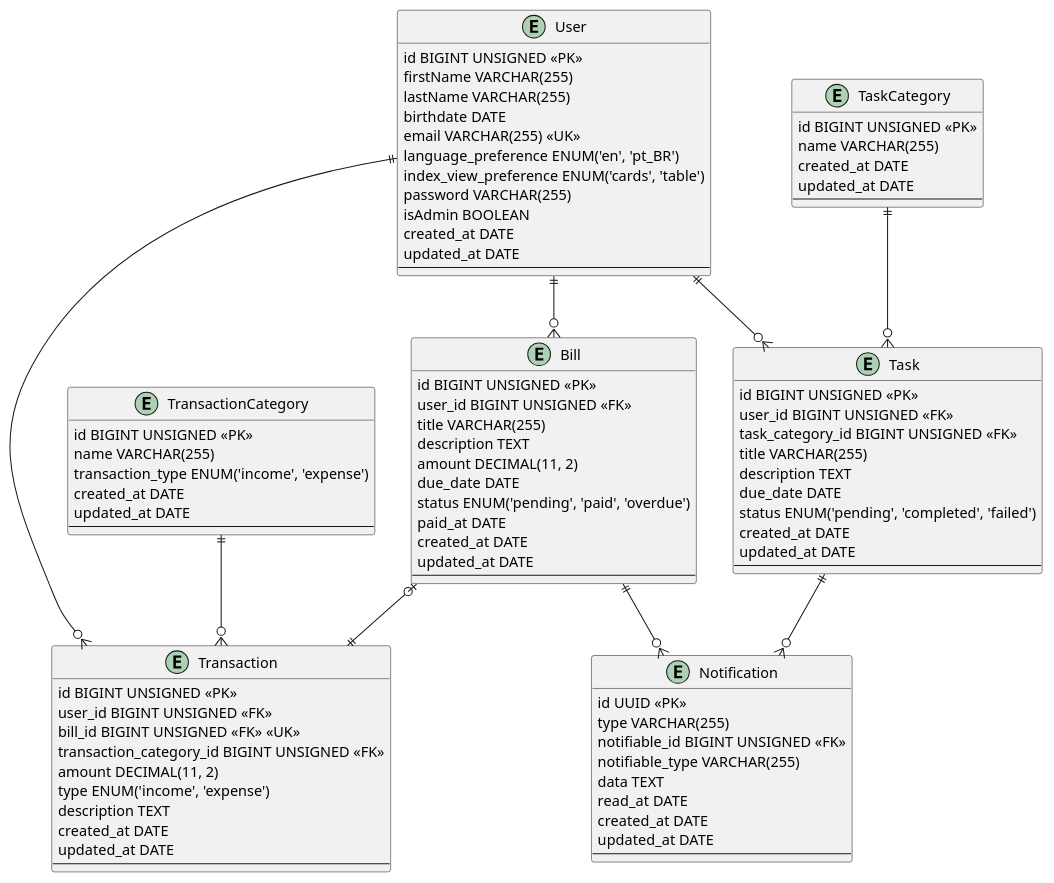
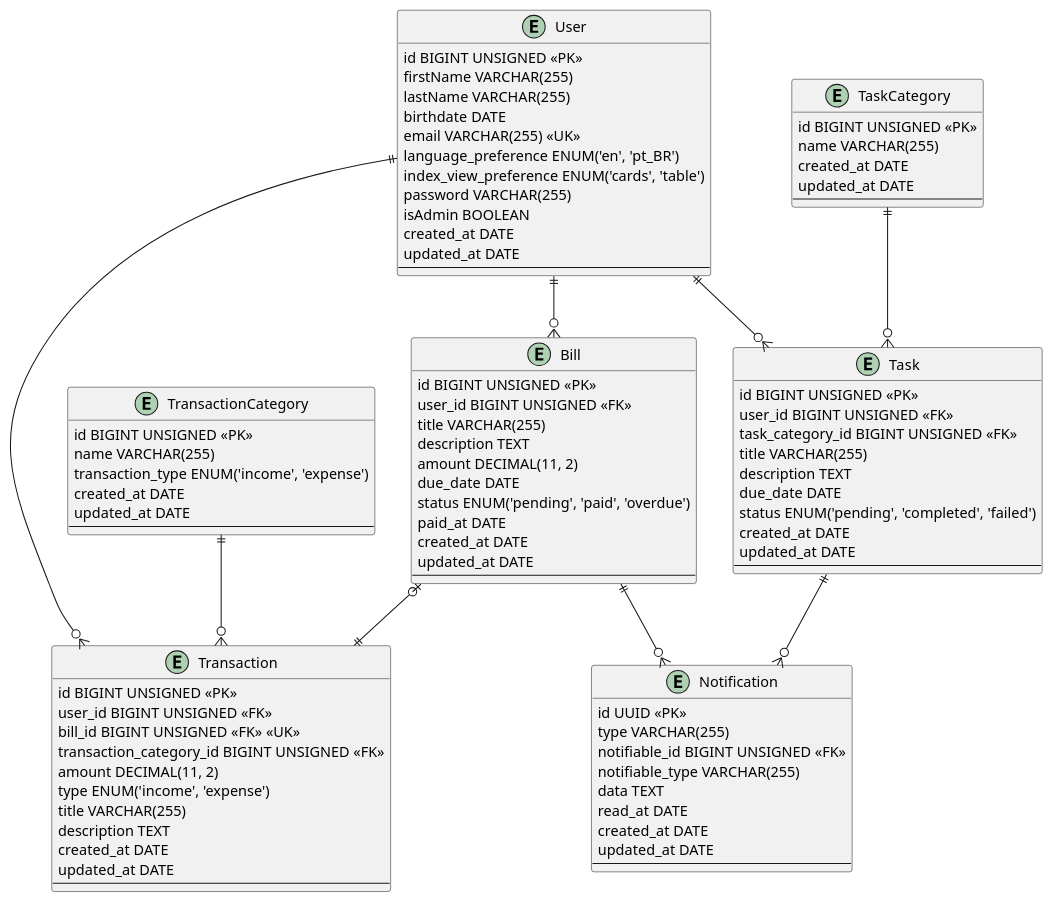
The diagram in database/design/erd.plantuml (augusto-dmh/your-guardian), drawn with PlantUML before and after one commit. The commit also changed 10 other files, not shown here.

```diff
--- a/database/design/erd.plantuml
+++ b/database/design/erd.plantuml
@@ -1,97 +1,98 @@
 @startuml erd
 
 entity User {
     id BIGINT UNSIGNED <<PK>>
     firstName VARCHAR(255)
     lastName VARCHAR(255)
     birthdate DATE
     email VARCHAR(255) <<UK>>
     language_preference ENUM('en', 'pt_BR')
     index_view_preference ENUM('cards', 'table')
     password VARCHAR(255)
     isAdmin BOOLEAN
     created_at DATE
     updated_at DATE
     --
 }
 
 entity Transaction {
     id BIGINT UNSIGNED <<PK>>
     user_id BIGINT UNSIGNED <<FK>>
     bill_id BIGINT UNSIGNED <<FK>> <<UK>>
     transaction_category_id BIGINT UNSIGNED <<FK>>
     amount DECIMAL(11, 2)
     type ENUM('income', 'expense')
+    title VARCHAR(255)
     description TEXT
     created_at DATE
     updated_at DATE
     --
 }
 
 entity Bill {
     id BIGINT UNSIGNED <<PK>>
     user_id BIGINT UNSIGNED <<FK>>
     title VARCHAR(255)
     description TEXT
     amount DECIMAL(11, 2)
     due_date DATE
     status ENUM('pending', 'paid', 'overdue')
     paid_at DATE
     created_at DATE
     updated_at DATE
     --
 }
 
 entity Notification {
     id UUID <<PK>>
     type VARCHAR(255)
     notifiable_id BIGINT UNSIGNED <<FK>>
     notifiable_type VARCHAR(255)
     data TEXT
     read_at DATE
     created_at DATE
     updated_at DATE
     --
 }
 
 entity Task {
     id BIGINT UNSIGNED <<PK>>
     user_id BIGINT UNSIGNED <<FK>>
     task_category_id BIGINT UNSIGNED <<FK>>
     title VARCHAR(255)
     description TEXT
     due_date DATE
     status ENUM('pending', 'completed', 'failed')
     created_at DATE
     updated_at DATE
     --
 }
 
 entity TransactionCategory {
     id BIGINT UNSIGNED <<PK>>
     name VARCHAR(255)
     transaction_type ENUM('income', 'expense')
     created_at DATE
     updated_at DATE
     --
 }
 
 entity TaskCategory {
     id BIGINT UNSIGNED <<PK>>
     name VARCHAR(255)
     created_at DATE
     updated_at DATE
     --
 }
 
 
 User ||--o{ Transaction
 User ||--o{ Bill
 Bill ||--o{ Notification
 Task ||--o{ Notification
 User ||--o{ Task
 TaskCategory ||--o{ Task
 TransactionCategory ||--o{ Transaction
 Bill |o--|| Transaction
 
 @enduml
```
